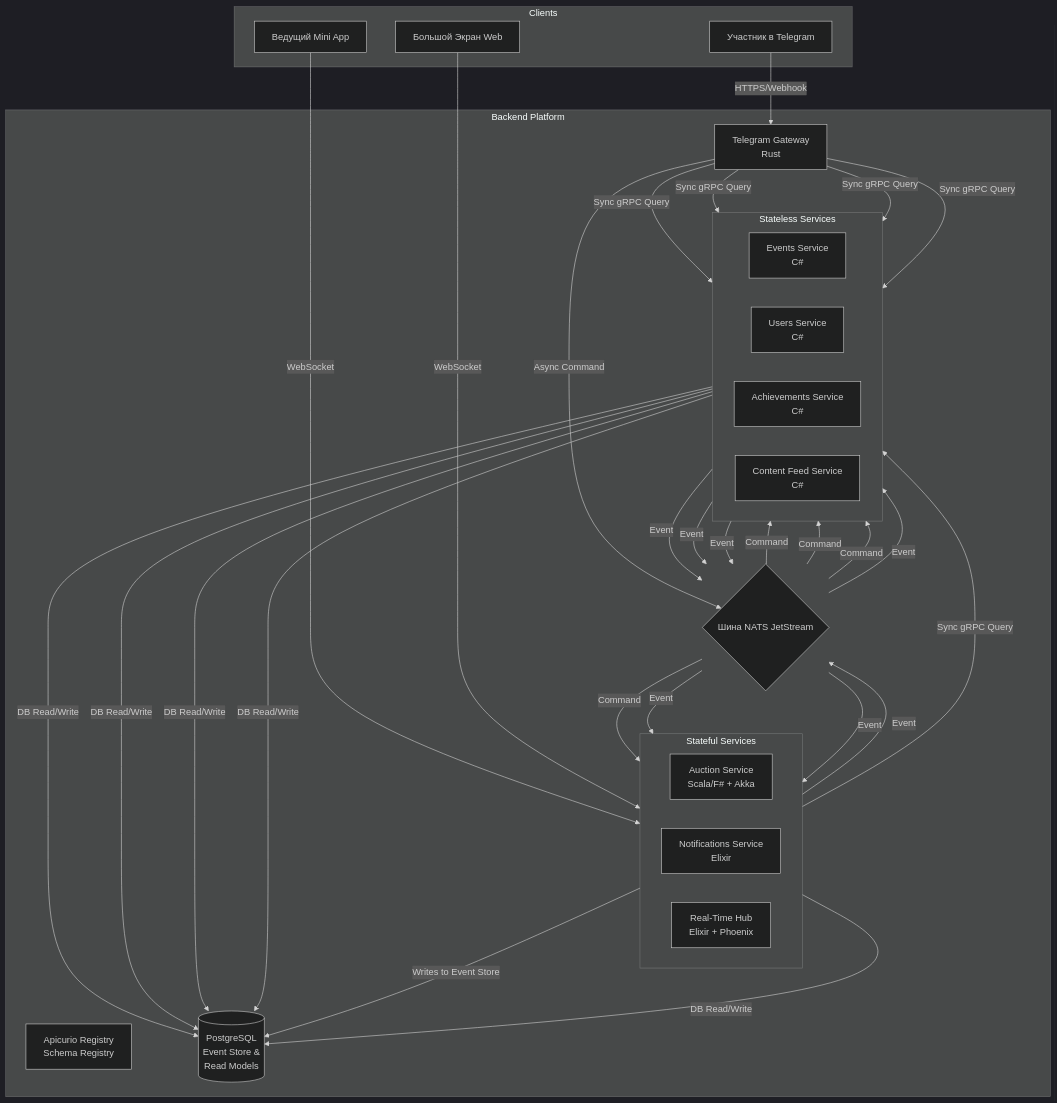
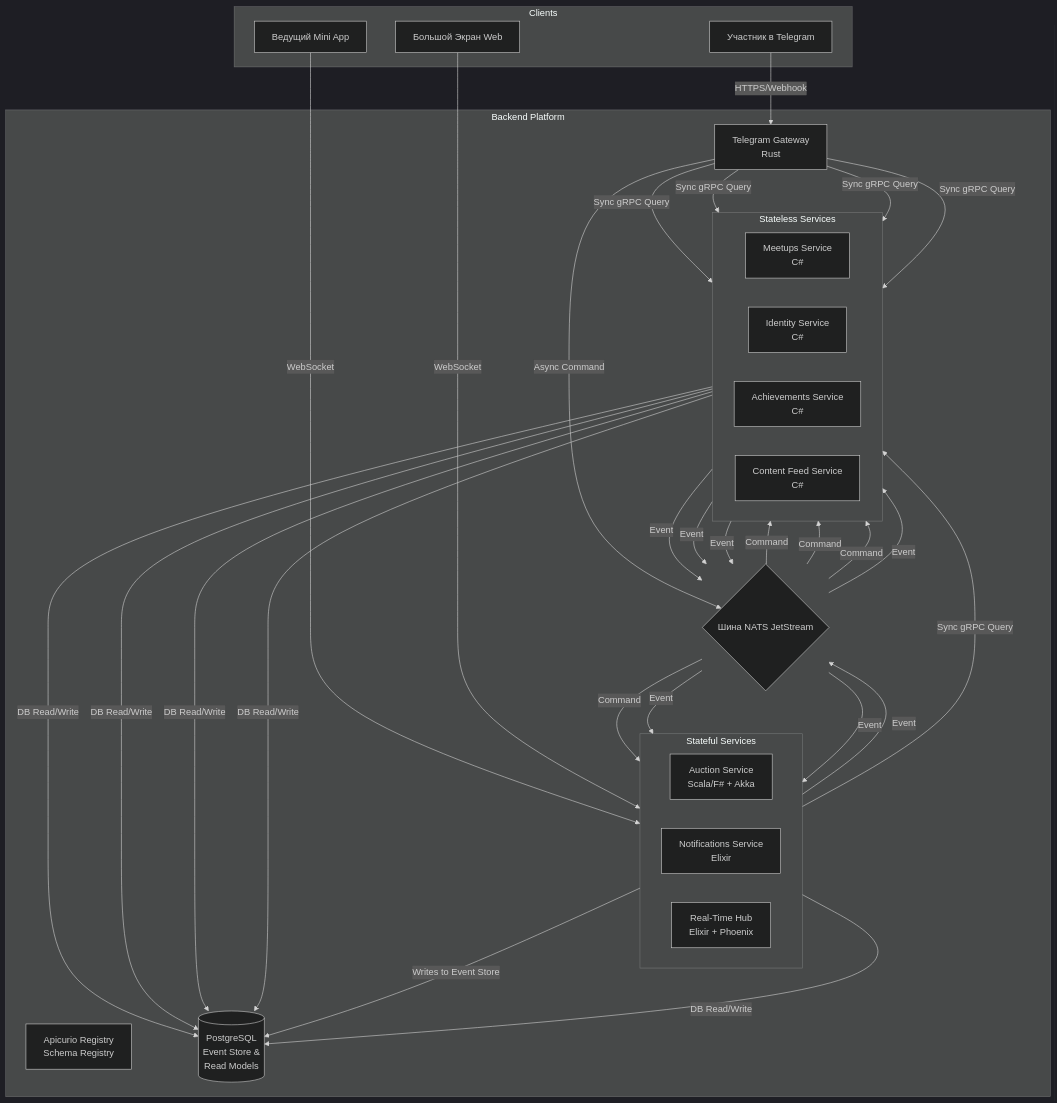
The diagram in docs/01_ARCHITECTURE/architechture.md (Solguficky/solguficky-hub), drawn with Mermaid (dark theme) before and after one commit. The commit also changed other lines of this file and 31 other files, not shown here.

````diff
--- a/docs/01_ARCHITECTURE/architechture.md
+++ b/docs/01_ARCHITECTURE/architechture.md
@@ -7,68 +7,68 @@
 ```mermaid
 graph TD
     subgraph Clients
         User[Участник в Telegram]
         Admin[Ведущий Mini App]
         Screen[Большой Экран Web]
     end
 
     subgraph Backend Platform
         Gateway[Telegram Gateway<br/>Rust]
         Bus{Шина NATS JetStream}
         Registry[Apicurio Registry<br/>Schema Registry]
 
         subgraph Stateful Services
             direction LR
             Auction[Auction Service<br/>Scala/F# + Akka]
             Notifications[Notifications Service<br/>Elixir]
             Realtime[Real-Time Hub<br/>Elixir + Phoenix]
         end
 
         subgraph Stateless Services
             direction LR
-            Events[Events Service<br/>C#]
-            Users[Users Service<br/>C#]
+            Meetups[Meetups Service<br/>C#]
+            Identity[Identity Service<br/>C#]
             Achievements[Achievements Service<br/>C#]
             ContentFeed[Content Feed Service<br/>C#]
         end
 
         DB[(PostgreSQL<br/>Event Store &<br/>Read Models)]
     end
 
     %% Client Connections
     User -- HTTPS/Webhook --> Gateway
     Admin -- WebSocket --> Realtime
     Screen -- WebSocket --> Realtime
 
     %% Gateway Interactions
     Gateway -- Async Command --> Bus
-    Gateway -- Sync gRPC Query --> Events
-    Gateway -- Sync gRPC Query --> Users
+    Gateway -- Sync gRPC Query --> Meetups
+    Gateway -- Sync gRPC Query --> Identity
     Gateway -- Sync gRPC Query --> Achievements
     Gateway -- Sync gRPC Query --> ContentFeed
 
     %% Event Bus Choreography
     Bus -- Command --> Auction
-    Bus -- Command --> Events
-    Bus -- Command --> Users
+    Bus -- Command --> Meetups
+    Bus -- Command --> Identity
     Bus -- Command --> ContentFeed
 
     Auction -- Event --> Bus
-    Users -- Event --> Bus
-    Events -- Event --> Bus
+    Identity -- Event --> Bus
+    Meetups -- Event --> Bus
     ContentFeed -- Event --> Bus
 
     Bus -- Event --> Notifications
     Bus -- Event --> Achievements
     Bus -- Event --> Realtime
 
     %% Service-to-Service & DB Interactions
-    Auction -- Sync gRPC Query --> Events
+    Auction -- Sync gRPC Query --> Meetups
 
     Auction -- Writes to Event Store --> DB
     Notifications -- DB Read/Write --> DB
-    Events -- DB Read/Write --> DB
-    Users -- DB Read/Write --> DB
+    Meetups -- DB Read/Write --> DB
+    Identity -- DB Read/Write --> DB
     Achievements -- DB Read/Write --> DB
     ContentFeed -- DB Read/Write --> DB
 ```
````
